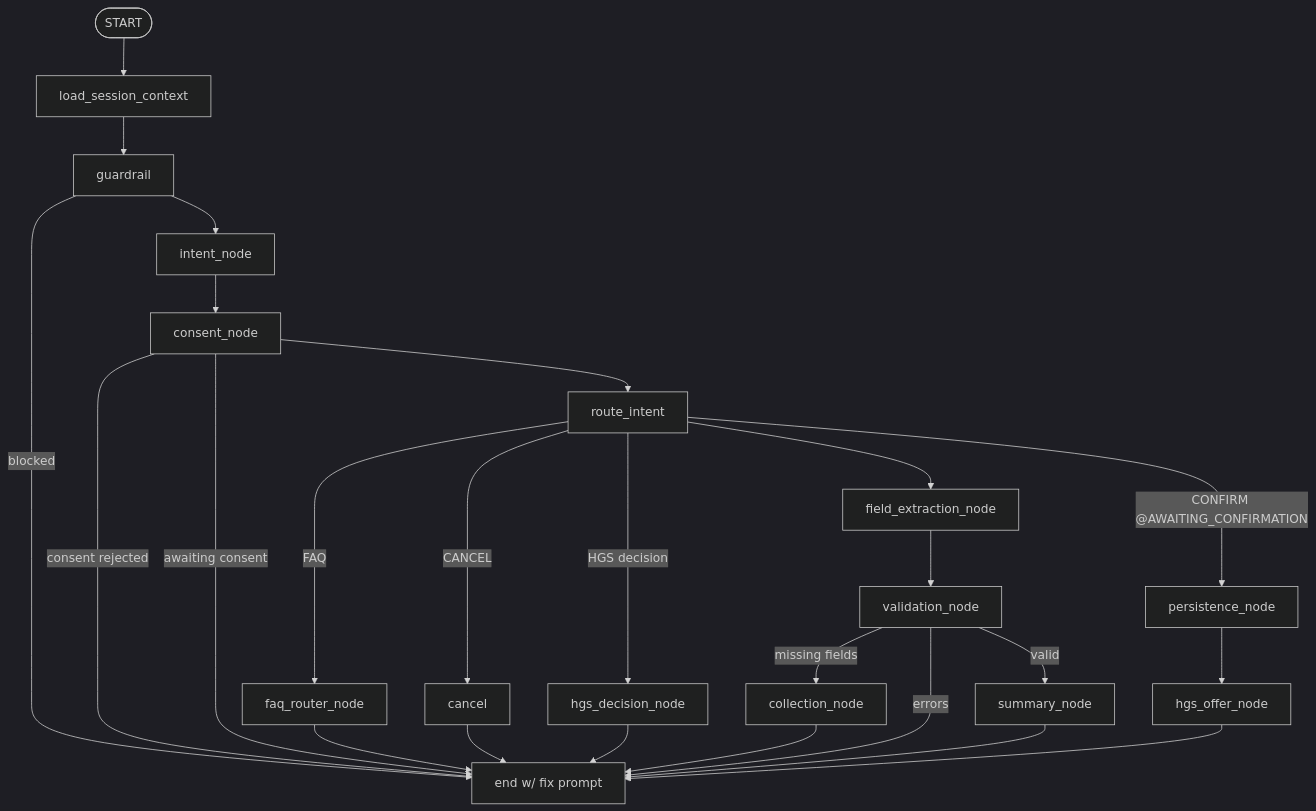
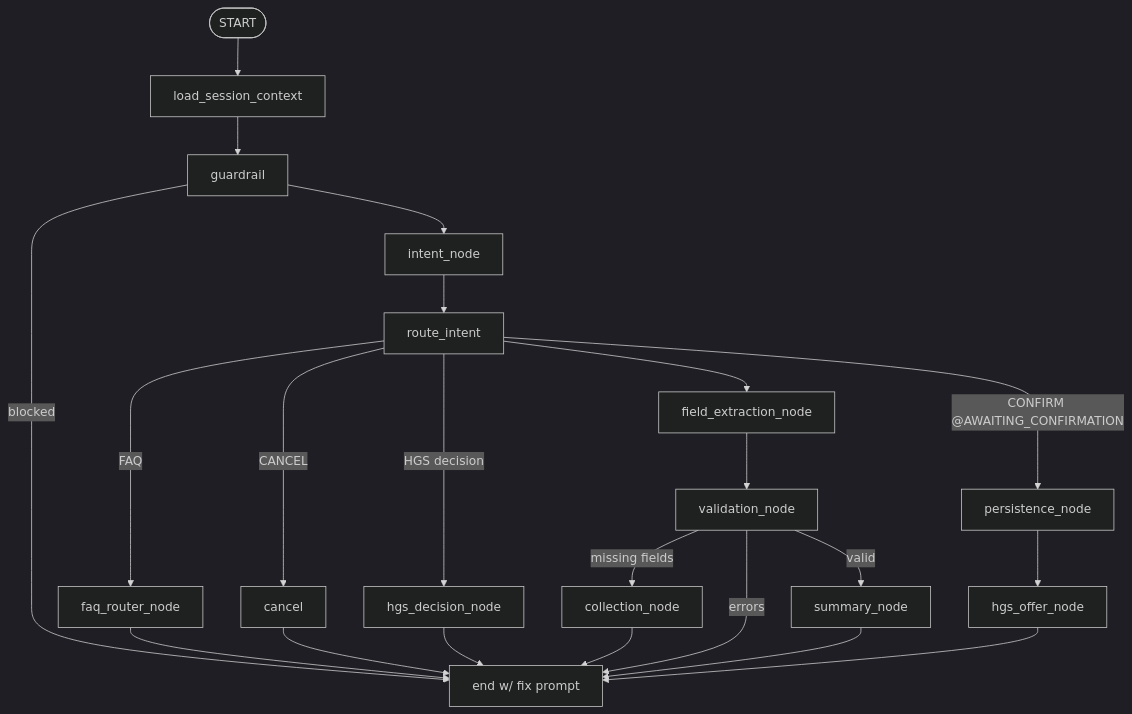
The second of 5 diagrams in vehicle_finance_chatbot/docs/architecture.md (kadir-sen/tech_case_2), drawn with Mermaid (dark theme) before and after one commit. The commit also changed other lines of this file and 53 other files, not shown here.

````diff
--- a/vehicle_finance_chatbot/docs/architecture.md
+++ b/vehicle_finance_chatbot/docs/architecture.md
@@ -24,21 +31,18 @@
 ```mermaid
 flowchart TD
     START([START]) --> LS[load_session_context]
     LS --> GR[guardrail]
     GR -->|blocked| END([END w/ safe reply])
     GR --> INT[intent_node]
-    INT --> CON[consent_node]
-    CON -->|consent rejected| END
-    CON -->|awaiting consent| END
-    CON --> RI[route_intent]
+    INT --> RI[route_intent]
     RI -->|FAQ| FAQ[faq_router_node] --> END
     RI -->|CANCEL| C[cancel] --> END
     RI -->|HGS decision| HD[hgs_decision_node] --> END
     RI -->|CONFIRM @AWAITING_CONFIRMATION| P[persistence_node]
     RI --> AF[field_extraction_node]
     AF --> V[validation_node]
     V -->|missing fields| COL[collection_node] --> END
     V -->|errors| END[end w/ fix prompt]
     V -->|valid| S[summary_node] --> END
     P --> HO[hgs_offer_node] --> END
 ```
````
